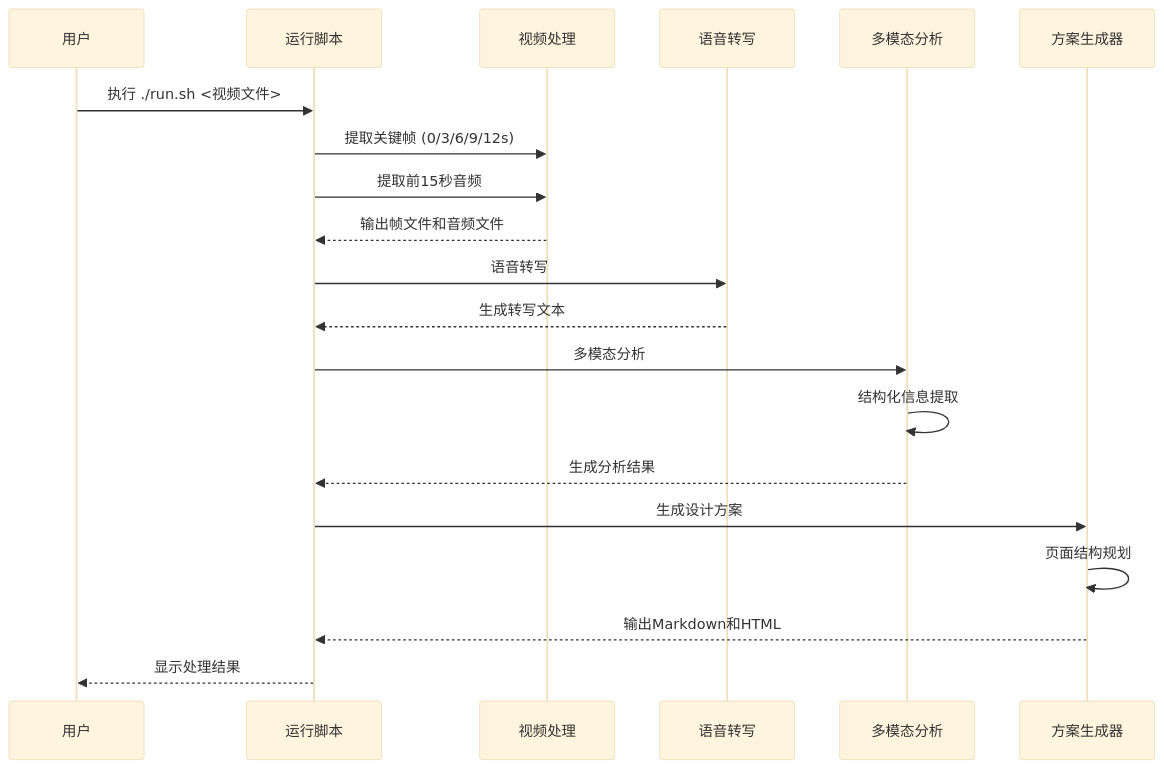
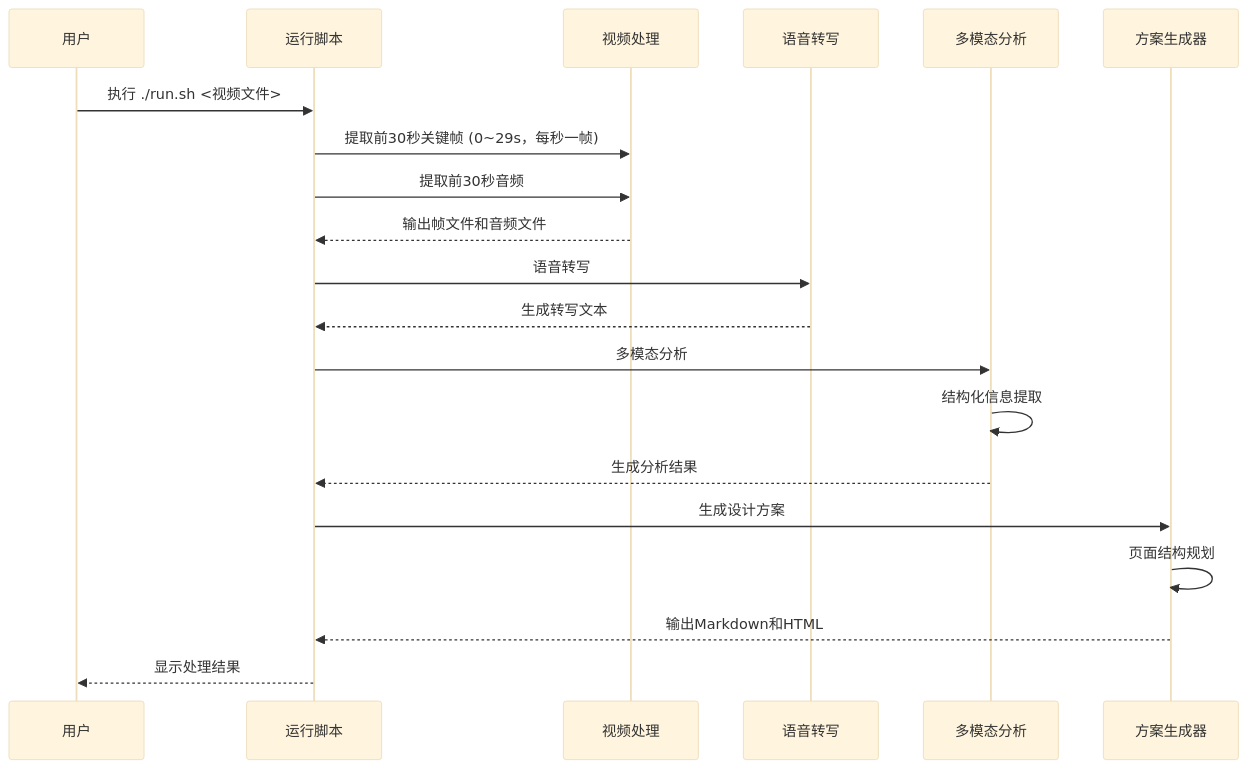
The second of 6 diagrams in .qoder/repowiki/zh/content/项目概述.md (WongMingJiu/landingpage-test-hero-page), drawn with Mermaid (base theme) before and after one commit. The commit also changed other lines of this file and 53 other files, not shown here.

````diff
--- a/.qoder/repowiki/zh/content/项目概述.md
+++ b/.qoder/repowiki/zh/content/项目概述.md
@@ -121,22 +124,22 @@
 ```mermaid
 sequenceDiagram
 participant User as 用户
 participant Runner as 运行脚本
 participant FFmpeg as 视频处理
 participant Whisper as 语音转写
 participant Analyzer as 多模态分析
 participant Generator as 方案生成器
 User->>Runner : 执行 ./run.sh <视频文件>
-Runner->>FFmpeg : 提取关键帧 (0/3/6/9/12s)
-Runner->>FFmpeg : 提取前15秒音频
+Runner->>FFmpeg : 提取前30秒关键帧 (0~29s，每秒一帧)
+Runner->>FFmpeg : 提取前30秒音频
 FFmpeg-->>Runner : 输出帧文件和音频文件
 Runner->>Whisper : 语音转写
 Whisper-->>Runner : 生成转写文本
 Runner->>Analyzer : 多模态分析
 Analyzer->>Analyzer : 结构化信息提取
 Analyzer-->>Runner : 生成分析结果
 Runner->>Generator : 生成设计方案
 Generator->>Generator : 页面结构规划
 Generator-->>Runner : 输出Markdown和HTML
 Runner-->>User : 显示处理结果
 ```
````
